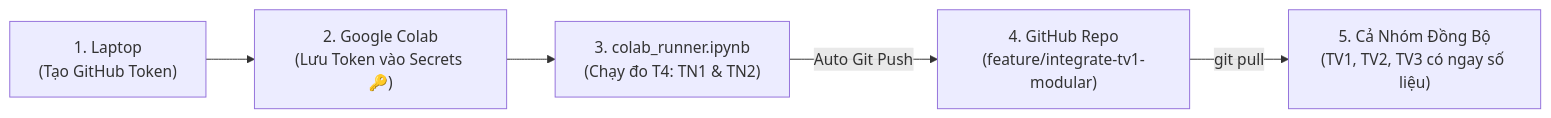
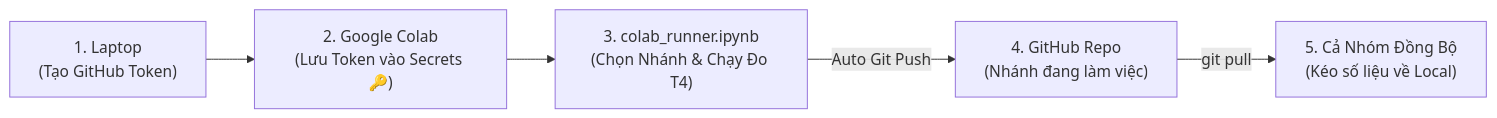
The diagram in docs/HUONG_DAN_CHAY_COLAB.md (Huu-Tuan13-09/VisionProf), drawn with Mermaid before and after one commit. The commit also changed other lines of this file and 1 other file, not shown here.

Commit message:
feat(colab): add interactive branch prompt and push confirmation

````diff
--- a/docs/HUONG_DAN_CHAY_COLAB.md
+++ b/docs/HUONG_DAN_CHAY_COLAB.md
@@ -9,7 +9,7 @@
 ```mermaid
 flowchart LR
     A["1. Laptop<br/>(Tạo GitHub Token)"] --> B["2. Google Colab<br/>(Lưu Token vào Secrets 🔑)"]
-    B --> C["3. colab_runner.ipynb<br/>(Chạy đo T4: TN1 & TN2)"]
-    C -->|"Auto Git Push"| D["4. GitHub Repo<br/>(feature/integrate-tv1-modular)"]
-    D -->|"git pull"| E["5. Cả Nhóm Đồng Bộ<br/>(TV1, TV2, TV3 có ngay số liệu)"]
+    B --> C["3. colab_runner.ipynb<br/>(Chọn Nhánh & Chạy Đo T4)"]
+    C -->|"Auto Git Push"| D["4. GitHub Repo<br/>(Nhánh đang làm việc)"]
+    D -->|"git pull"| E["5. Cả Nhóm Đồng Bộ<br/>(Kéo số liệu về Local)"]
 ```
````
